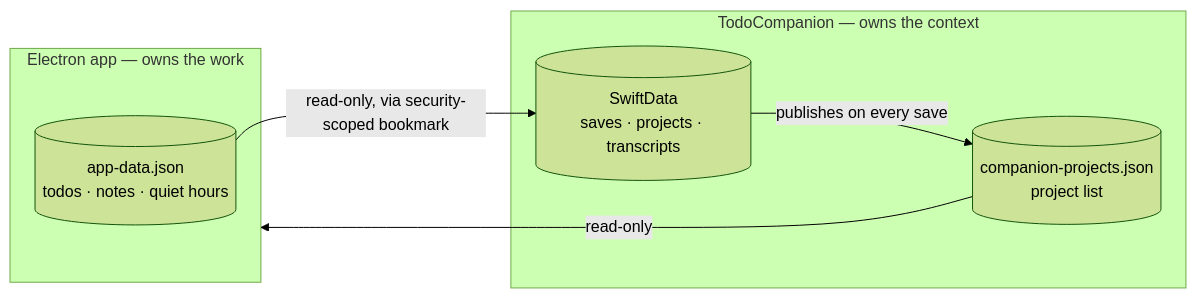
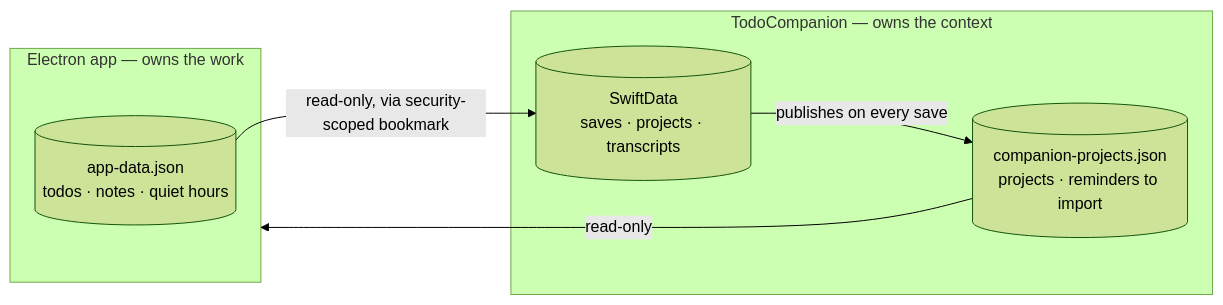
The first of 2 diagrams in README.md (Surya7612/To-do-notifier), drawn with Mermaid (forest theme) before and after one commit. The commit also changed other lines of this file and 16 other files, not shown here.

````diff
--- a/README.md
+++ b/README.md
@@ -63,15 +63,15 @@
 ```mermaid
 flowchart LR
   subgraph E["Electron app — owns the work"]
     ED[("app-data.json<br/>todos · notes · quiet hours")]
   end
 
   subgraph C["TodoCompanion — owns the context"]
     CD[("SwiftData<br/>saves · projects · transcripts")]
-    CP[("companion-projects.json<br/>project list")]
+    CP[("companion-projects.json<br/>projects · reminders to import")]
   end
 
   ED -->|"read-only, via security-scoped bookmark"| CD
   CD -->|"publishes on every save"| CP
   CP -->|"read-only"| E
 ```
````
